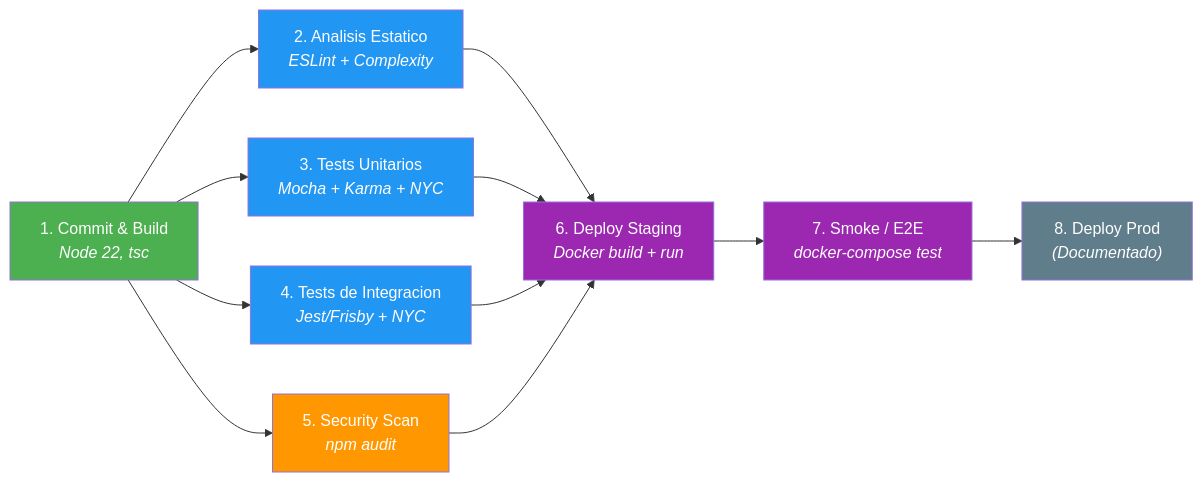
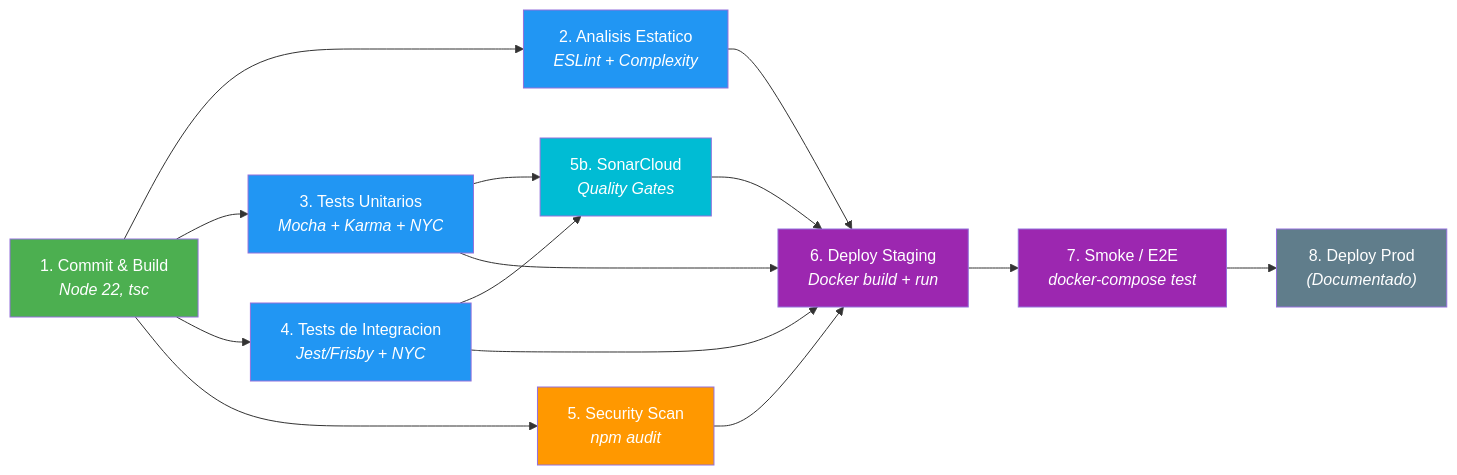
The diagram in deliverables/entrega-2/GOVERNANCE_PIPELINE.md (SebastianAlecio/juice-shop), drawn with Mermaid before and after one commit. The commit also changed other lines of this file and 6 other files, not shown here.

Commit message:
feat: Add SonarCloud integration, tech debt audit, and refactoring plan, updating the governance pipeline and documentation.

````diff
--- a/deliverables/entrega-2/GOVERNANCE_PIPELINE.md
+++ b/deliverables/entrega-2/GOVERNANCE_PIPELINE.md
@@ -24,22 +25,26 @@
 ```mermaid
 graph LR
     A["1. Commit & Build<br/><i>Node 22, tsc</i>"] --> B["2. Analisis Estatico<br/><i>ESLint + Complexity</i>"]
     A --> C["3. Tests Unitarios<br/><i>Mocha + Karma + NYC</i>"]
     A --> D["4. Tests de Integracion<br/><i>Jest/Frisby + NYC</i>"]
     A --> E["5. Security Scan<br/><i>npm audit</i>"]
+    C --> SC["5b. SonarCloud<br/><i>Quality Gates</i>"]
+    D --> SC
     B --> F["6. Deploy Staging<br/><i>Docker build + run</i>"]
     C --> F
     D --> F
     E --> F
+    SC --> F
     F --> G["7. Smoke / E2E<br/><i>docker-compose test</i>"]
     G --> H["8. Deploy Prod<br/><i>(Documentado)</i>"]
 
     style A fill:#4CAF50,color:white
     style B fill:#2196F3,color:white
     style C fill:#2196F3,color:white
     style D fill:#2196F3,color:white
     style E fill:#FF9800,color:white
+    style SC fill:#00BCD4,color:white
     style F fill:#9C27B0,color:white
     style G fill:#9C27B0,color:white
     style H fill:#607D8B,color:white
 ```
````
